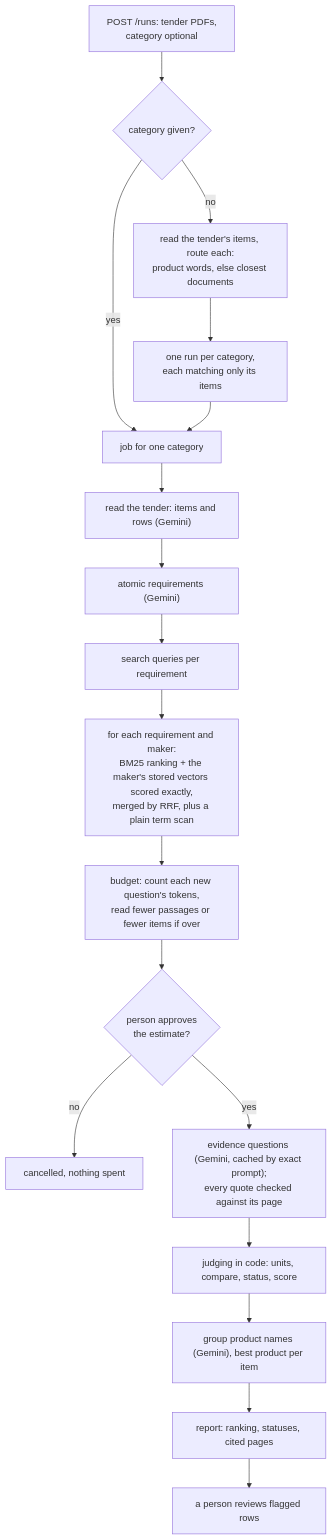
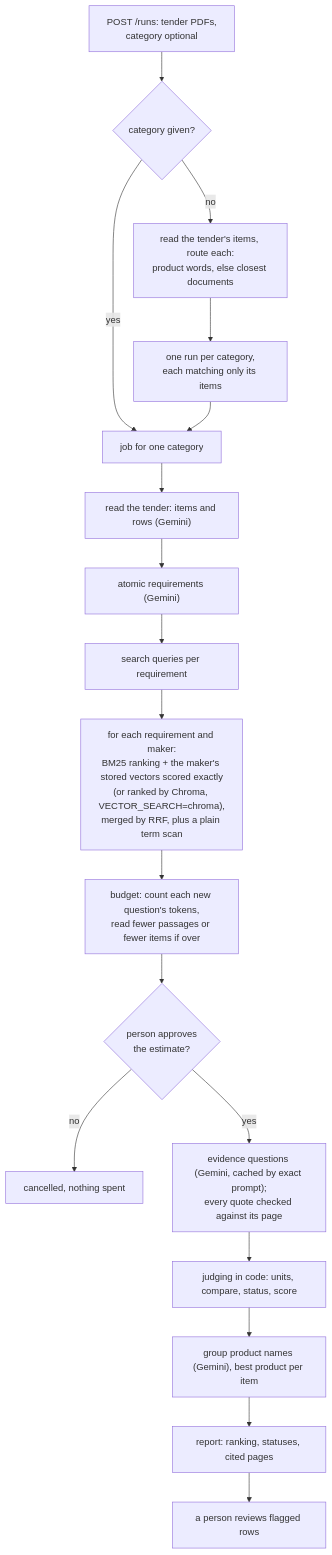
Before and after one commit to Shrau1711/tender-requirement-matcher: the third of 3 diagrams in docs/architecture.md, drawn with Mermaid. The commit also changed other lines of this file and 18 other files, not shown here.

First line of the commit message:
Chroma as the only store of vectors; Chroma's own ranking as an option (not identical, so not the default)

````diff
--- a/docs/architecture.md
+++ b/docs/architecture.md
@@ -91,20 +91,20 @@
 ```mermaid
 flowchart TD
     UP["POST /runs: tender PDFs,<br/>category optional"] --> CATQ{"category given?"}
     CATQ -->|yes| JOB
     CATQ -->|no| RT["read the tender's items, route each:<br/>product words, else closest documents"]
     RT --> SPLIT["one run per category,<br/>each matching only its items"]
     SPLIT --> JOB["job for one category"]
     JOB --> TR["read the tender: items and rows (Gemini)"]
     TR --> AT["atomic requirements (Gemini)"]
     AT --> Q["search queries per requirement"]
-    Q --> S["for each requirement and maker:<br/>BM25 ranking + the maker's stored vectors scored exactly,<br/>merged by RRF, plus a plain term scan"]
+    Q --> S["for each requirement and maker:<br/>BM25 ranking + the maker's stored vectors scored exactly<br/>(or ranked by Chroma, VECTOR_SEARCH=chroma),<br/>merged by RRF, plus a plain term scan"]
     S --> B["budget: count each new question's tokens,<br/>read fewer passages or fewer items if over"]
     B --> E{"person approves<br/>the estimate?"}
     E -->|no| STOP["cancelled, nothing spent"]
     E -->|yes| EV["evidence questions (Gemini, cached by exact prompt);<br/>every quote checked against its page"]
     EV --> J["judging in code: units, compare, status, score"]
     J --> P["group product names (Gemini), best product per item"]
     P --> R["report: ranking, statuses, cited pages"]
     R --> RV["a person reviews flagged rows"]
 ```
````
